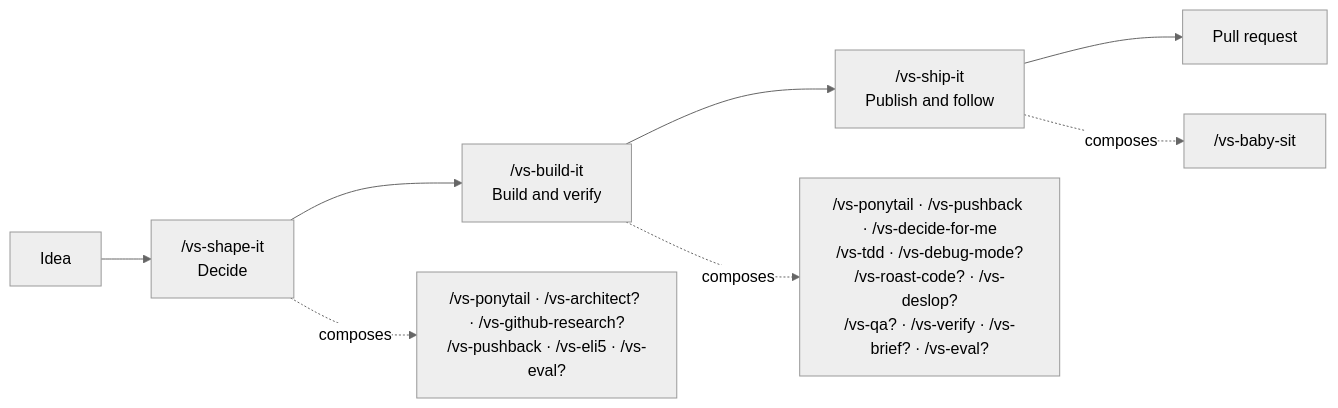
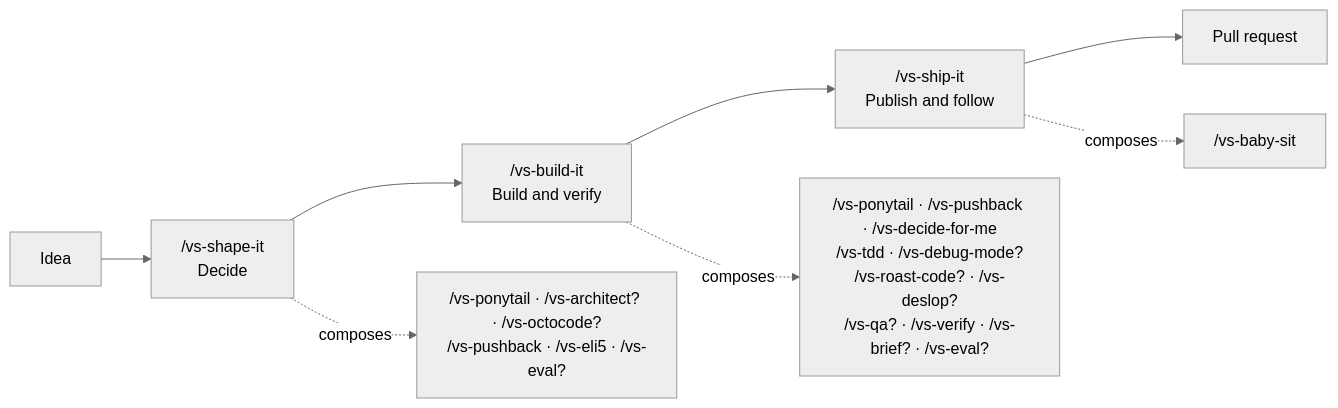
Before and after one commit to vltansky/vs: the first of 4 diagrams in README.md, drawn with Mermaid (neutral theme). The commit also changed other lines of this file and 21 other files, not shown here.

Commit message:
feat(skills): rename github research to vs-octocode

````diff
--- a/README.md
+++ b/README.md
@@ -34,10 +34,10 @@
 ```mermaid
 flowchart LR
     I[Idea] --> S["/vs-shape-it<br/>Decide"] --> B["/vs-build-it<br/>Build and verify"]
     B --> P["/vs-ship-it<br/>Publish and follow"]
     P --> O[Pull request]
 
-    S -. composes .-> SC["/vs-ponytail · /vs-architect? · /vs-github-research?<br/>/vs-pushback · /vs-eli5 · /vs-eval?"]
+    S -. composes .-> SC["/vs-ponytail · /vs-architect? · /vs-octocode?<br/>/vs-pushback · /vs-eli5 · /vs-eval?"]
     B -. composes .-> BC["/vs-ponytail · /vs-pushback · /vs-decide-for-me<br/>/vs-tdd · /vs-debug-mode?<br/>/vs-roast-code? · /vs-deslop?<br/>/vs-qa? · /vs-verify · /vs-brief? · /vs-eval?"]
     P -. composes .-> PC["/vs-baby-sit"]
 ```
````
